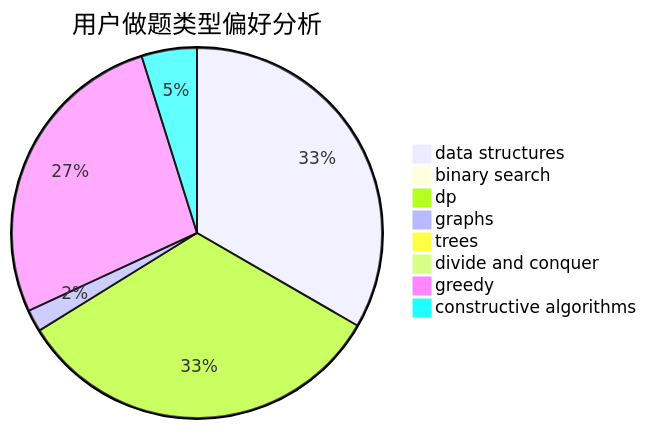
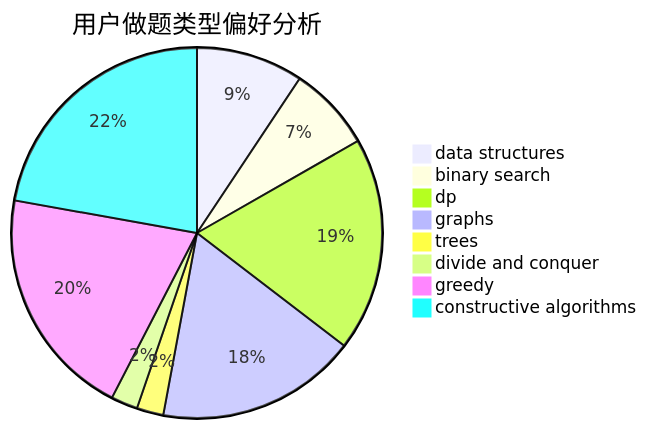
The second of 3 diagrams in docs/user/u2050.md (sherpahu/cfrs.github.io), drawn with Mermaid before and after one commit. The commit also changed other lines of this file and 2770 other files, not shown here.

````diff
--- a/docs/user/u2050.md
+++ b/docs/user/u2050.md
@@ -23,11 +23,11 @@
 ```mermaid
 pie title 用户做题类型偏好分析
-    "data structures" :  69
-    "binary search" :  0
-    "dp" :  68
-    "graphs" :  4
-    "trees" :  0
-    "divide and conquer" :  0
-    "greedy" :  56
-    "constructive algorithms" :  10
+    "data structures" :  24
+    "binary search" :  19
+    "dp" :  48
+    "graphs" :  45
+    "trees" :  6
+    "divide and conquer" :  6
+    "greedy" :  52
+    "constructive algorithms" :  57
 ```
````
